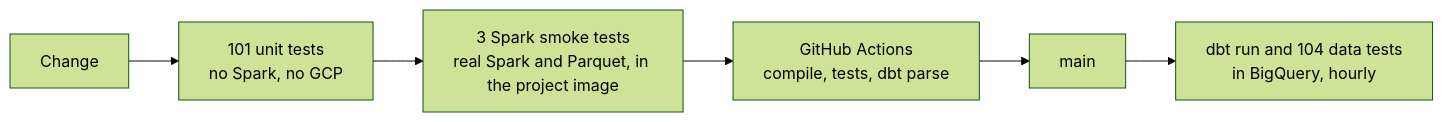
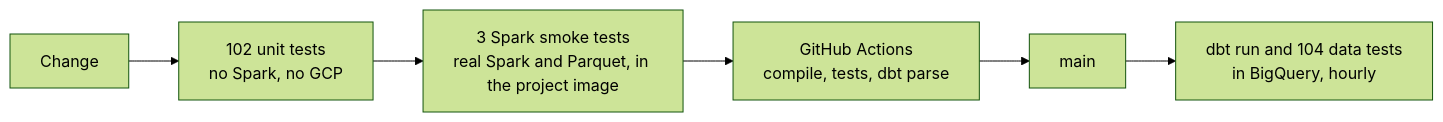
One commit to TomasRipsky/marineflow changed the fifth of 5 diagrams in README.md. Above: the diagram before and after it, drawn with Mermaid (forest theme). The commit also changed other lines of this file and 7 other files, not shown here.

````diff
--- a/README.md
+++ b/README.md
@@ -459,8 +459,8 @@
 ```mermaid
 flowchart LR
-    change["Change"] --> unit["101 unit tests<br/>no Spark, no GCP"]
+    change["Change"] --> unit["102 unit tests<br/>no Spark, no GCP"]
     unit --> smoke["3 Spark smoke tests<br/>real Spark and Parquet, in the project image"]
     smoke --> ci["GitHub Actions<br/>compile, tests, dbt parse"]
     ci --> main["main"]
     main --> dbt["dbt run and 104 data tests<br/>in BigQuery, hourly"]
 ```
````
